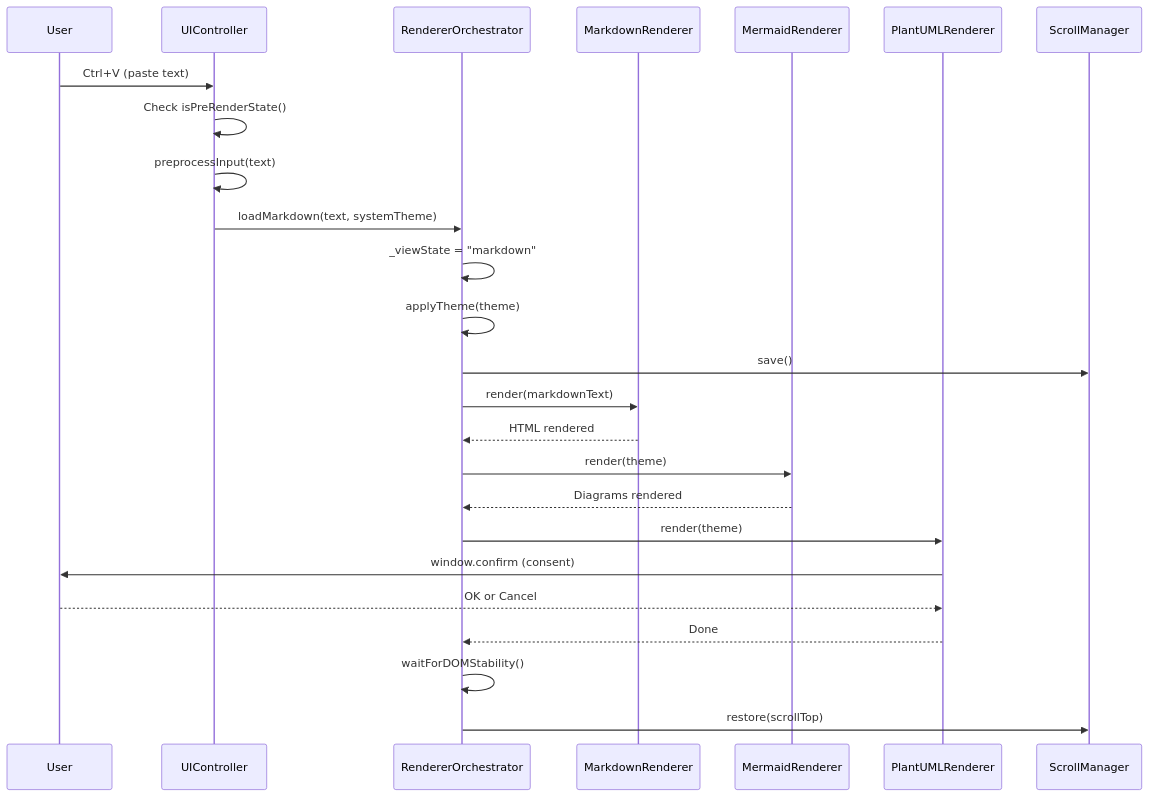
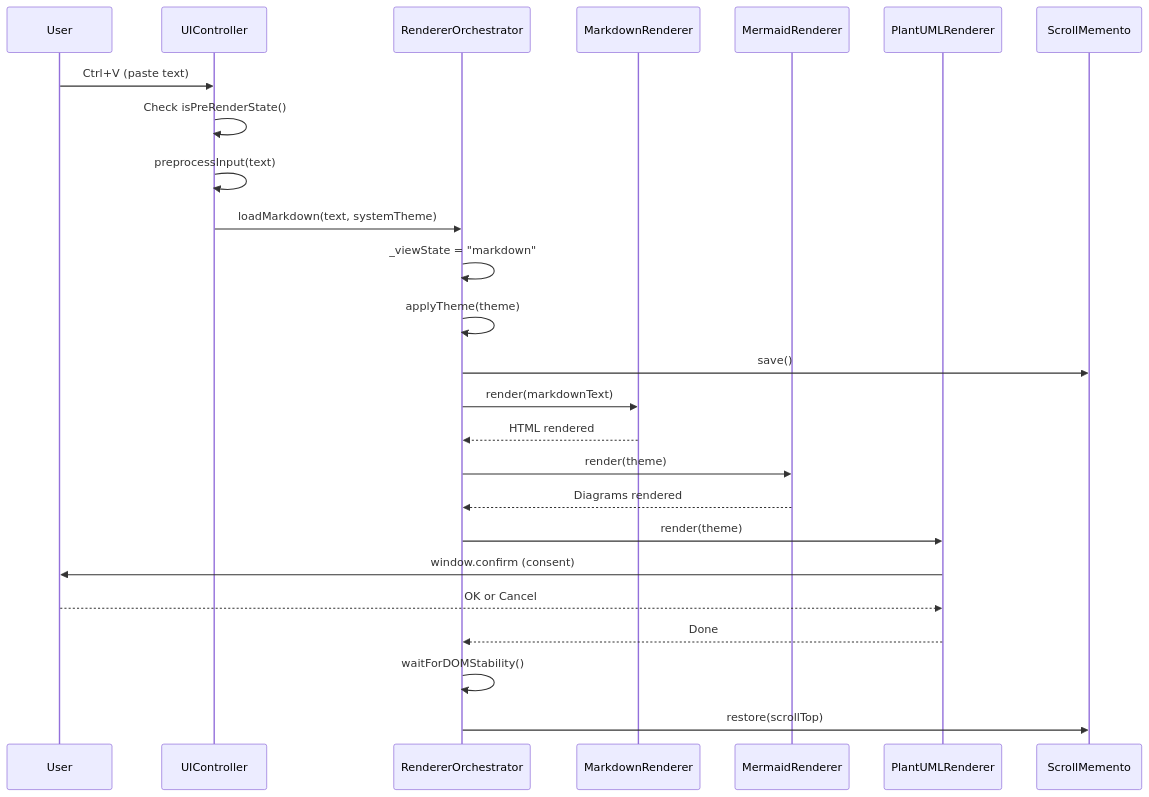
The fifth of 10 diagrams in spec/grsmd_gen2_spec_ja.md (GoodRelax/gr-simple-md-renderer), drawn with Mermaid before and after one commit. The commit also changed other lines of this file and 15 other files, not shown here.

````diff
--- a/spec/grsmd_gen2_spec_ja.md
+++ b/spec/grsmd_gen2_spec_ja.md
@@ -625,28 +634,28 @@
 ```mermaid
 sequenceDiagram
     participant User
     participant UIController
     participant RendererOrchestrator
     participant MarkdownRenderer
     participant MermaidRenderer
     participant PlantUMLRenderer
-    participant ScrollManager
+    participant ScrollMemento
 
     User->>UIController : Ctrl+V (paste text)
     UIController->>UIController : Check isPreRenderState()
     UIController->>UIController : preprocessInput(text)
     UIController->>RendererOrchestrator : loadMarkdown(text, systemTheme)
     RendererOrchestrator->>RendererOrchestrator : _viewState = "markdown"
     RendererOrchestrator->>RendererOrchestrator : applyTheme(theme)
-    RendererOrchestrator->>ScrollManager : save()
+    RendererOrchestrator->>ScrollMemento : save()
     RendererOrchestrator->>MarkdownRenderer : render(markdownText)
     MarkdownRenderer-->>RendererOrchestrator : HTML rendered
     RendererOrchestrator->>MermaidRenderer : render(theme)
     MermaidRenderer-->>RendererOrchestrator : Diagrams rendered
     RendererOrchestrator->>PlantUMLRenderer : render(theme)
     PlantUMLRenderer->>User : window.confirm (consent)
     User-->>PlantUMLRenderer : OK or Cancel
     PlantUMLRenderer-->>RendererOrchestrator : Done
     RendererOrchestrator->>RendererOrchestrator : waitForDOMStability()
-    RendererOrchestrator->>ScrollManager : restore(scrollTop)
+    RendererOrchestrator->>ScrollMemento : restore(scrollTop)
 ```
````
